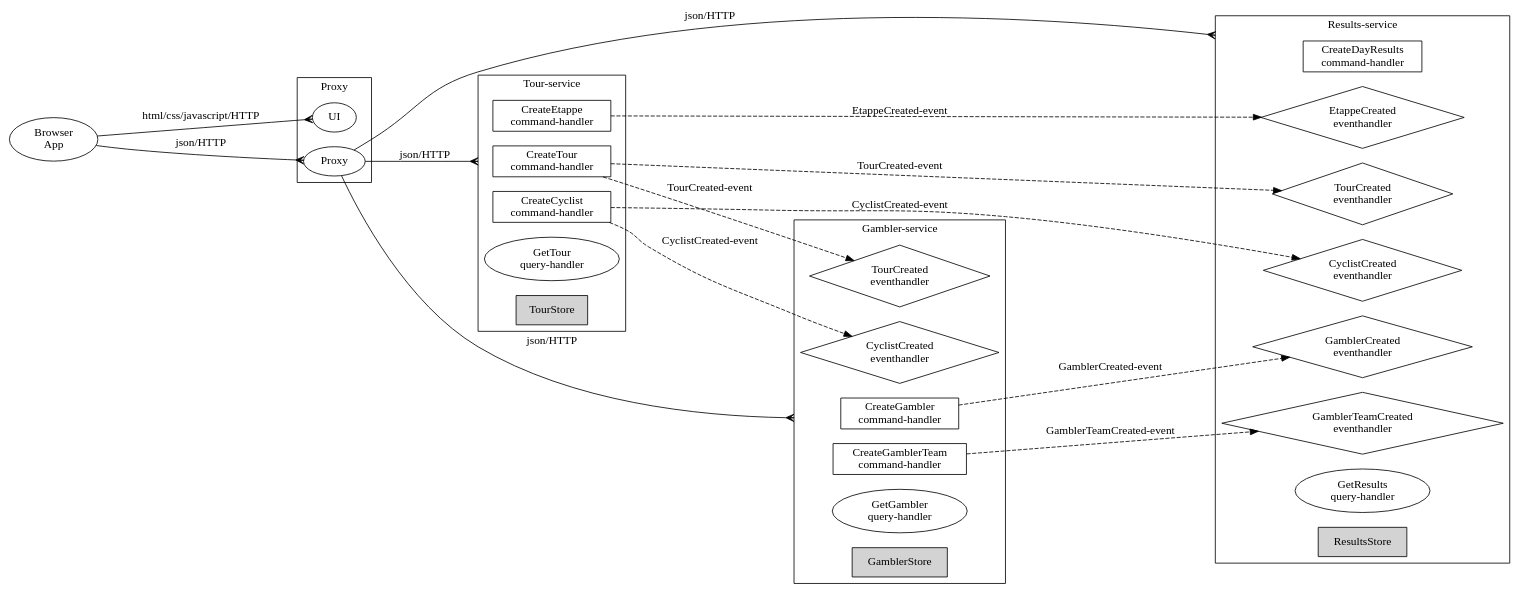
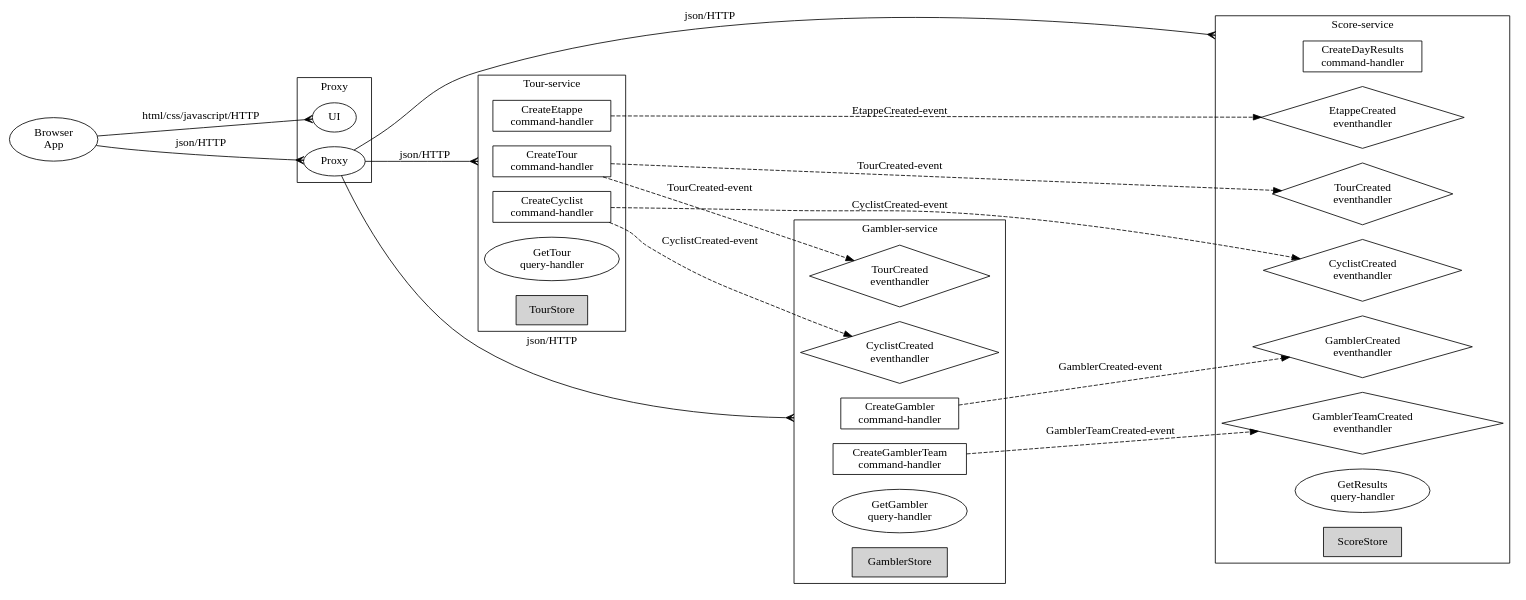
The diagram in tourApp/doc/graphviz.dot (MarcGrol/microgen), drawn with Graphviz before and after one commit. The commit also changed 7 other files, not shown here.

Commit message:
renameed reults=service to score

```diff
--- a/tourApp/doc/graphviz.dot
+++ b/tourApp/doc/graphviz.dot
@@ -1,113 +1,113 @@
 // Generated automatically by microgen: do not edit manually
 
 digraph G {
     graph [compound=true, rankdir=LR, ranksep="1.0"];
 
 	subgraph clusterproxy {
         label="Proxy";
         "UI";
         "Proxy";
     }
 
 // services
 
 	subgraph clustertour {
 		
 		label="Tour-service";
 		// events
 		
 		
 			 
 				"TourCreateTour"  [label="CreateTour\ncommand-handler", shape=box];
 			
 		
 			 
 				"TourCreateCyclist"  [label="CreateCyclist\ncommand-handler", shape=box];
 			
 		
 			 
 				"TourCreateEtappe"  [label="CreateEtappe\ncommand-handler", shape=box];
 			
 		
 			
 			    "TourGetTour"  [label="GetTour\nquery-handler"];
 			
 		
 		TourStore [shape=box, style=filled];
 	}
 
 	subgraph clustergambler {
 		
 		label="Gambler-service";
 		// events
 		
+			"GamblerTourCreated" [label="TourCreated\neventhandler", shape=diamond];
+		
 			"GamblerCyclistCreated" [label="CyclistCreated\neventhandler", shape=diamond];
-		
-			"GamblerTourCreated" [label="TourCreated\neventhandler", shape=diamond];
 		
 		
 			 
 				"GamblerCreateGambler"  [label="CreateGambler\ncommand-handler", shape=box];
 			
 		
 			 
 				"GamblerCreateGamblerTeam"  [label="CreateGamblerTeam\ncommand-handler", shape=box];
 			
 		
 			
 			    "GamblerGetGambler"  [label="GetGambler\nquery-handler"];
 			
 		
 		GamblerStore [shape=box, style=filled];
 	}
 
-	subgraph clusterresults {
+	subgraph clusterscore {
 		
-		label="Results-service";
+		label="Score-service";
 		// events
 		
-			"ResultsGamblerTeamCreated" [label="GamblerTeamCreated\neventhandler", shape=diamond];
+			"ScoreTourCreated" [label="TourCreated\neventhandler", shape=diamond];
 		
-			"ResultsTourCreated" [label="TourCreated\neventhandler", shape=diamond];
+			"ScoreEtappeCreated" [label="EtappeCreated\neventhandler", shape=diamond];
 		
-			"ResultsEtappeCreated" [label="EtappeCreated\neventhandler", shape=diamond];
+			"ScoreCyclistCreated" [label="CyclistCreated\neventhandler", shape=diamond];
 		
-			"ResultsCyclistCreated" [label="CyclistCreated\neventhandler", shape=diamond];
+			"ScoreGamblerCreated" [label="GamblerCreated\neventhandler", shape=diamond];
 		
-			"ResultsGamblerCreated" [label="GamblerCreated\neventhandler", shape=diamond];
+			"ScoreGamblerTeamCreated" [label="GamblerTeamCreated\neventhandler", shape=diamond];
 		
 		
 			 
-				"ResultsCreateDayResults"  [label="CreateDayResults\ncommand-handler", shape=box];
+				"ScoreCreateDayResults"  [label="CreateDayResults\ncommand-handler", shape=box];
 			
 		
 			
-			    "ResultsGetResults"  [label="GetResults\nquery-handler"];
+			    "ScoreGetResults"  [label="GetResults\nquery-handler"];
 			
 		
-		ResultsStore [shape=box, style=filled];
+		ScoreStore [shape=box, style=filled];
 	}
 
 
 	// edges
 	"Browser\nApp" -> "UI" [label="html/css/javascript/HTTP",arrowhead=crow];
 	"Browser\nApp" -> "Proxy" [label="json/HTTP",arrowhead=crow];
 	
 
 	"Proxy" -> "TourCreateTour" [label="json/HTTP", lhead=clustertour, arrowhead=crow];
 
 	"Proxy" -> "GamblerCreateGambler" [label="json/HTTP", lhead=clustergambler, arrowhead=crow];
 
-	"Proxy" -> "ResultsCreateDayResults" [label="json/HTTP", lhead=clusterresults, arrowhead=crow];
+	"Proxy" -> "ScoreCreateDayResults" [label="json/HTTP", lhead=clusterscore, arrowhead=crow];
 
 
 	"TourCreateTour" -> "GamblerTourCreated" [label="TourCreated-event", style=dashed]
-	"TourCreateTour" -> "ResultsTourCreated" [label="TourCreated-event", style=dashed]
+	"TourCreateTour" -> "ScoreTourCreated" [label="TourCreated-event", style=dashed]
 	"TourCreateCyclist" -> "GamblerCyclistCreated" [label="CyclistCreated-event", style=dashed]
-	"TourCreateCyclist" -> "ResultsCyclistCreated" [label="CyclistCreated-event", style=dashed]
-	"TourCreateEtappe" -> "ResultsEtappeCreated" [label="EtappeCreated-event", style=dashed]
-	"GamblerCreateGambler" -> "ResultsGamblerCreated" [label="GamblerCreated-event", style=dashed]
-	"GamblerCreateGamblerTeam" -> "ResultsGamblerTeamCreated" [label="GamblerTeamCreated-event", style=dashed]
+	"TourCreateCyclist" -> "ScoreCyclistCreated" [label="CyclistCreated-event", style=dashed]
+	"TourCreateEtappe" -> "ScoreEtappeCreated" [label="EtappeCreated-event", style=dashed]
+	"GamblerCreateGambler" -> "ScoreGamblerCreated" [label="GamblerCreated-event", style=dashed]
+	"GamblerCreateGamblerTeam" -> "ScoreGamblerTeamCreated" [label="GamblerTeamCreated-event", style=dashed]
 
 
 }
```
